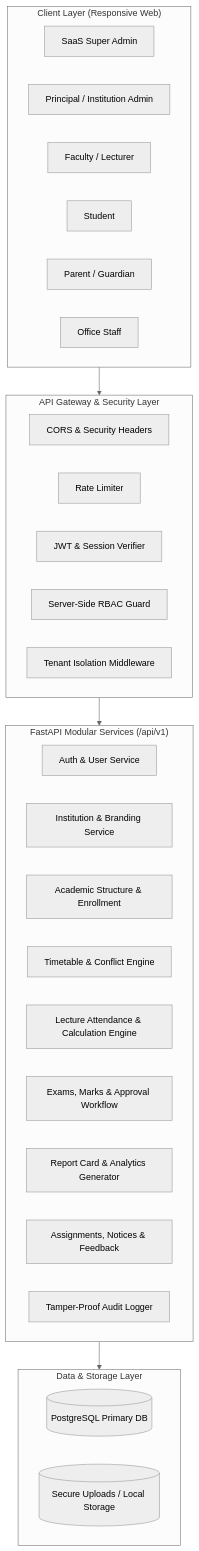
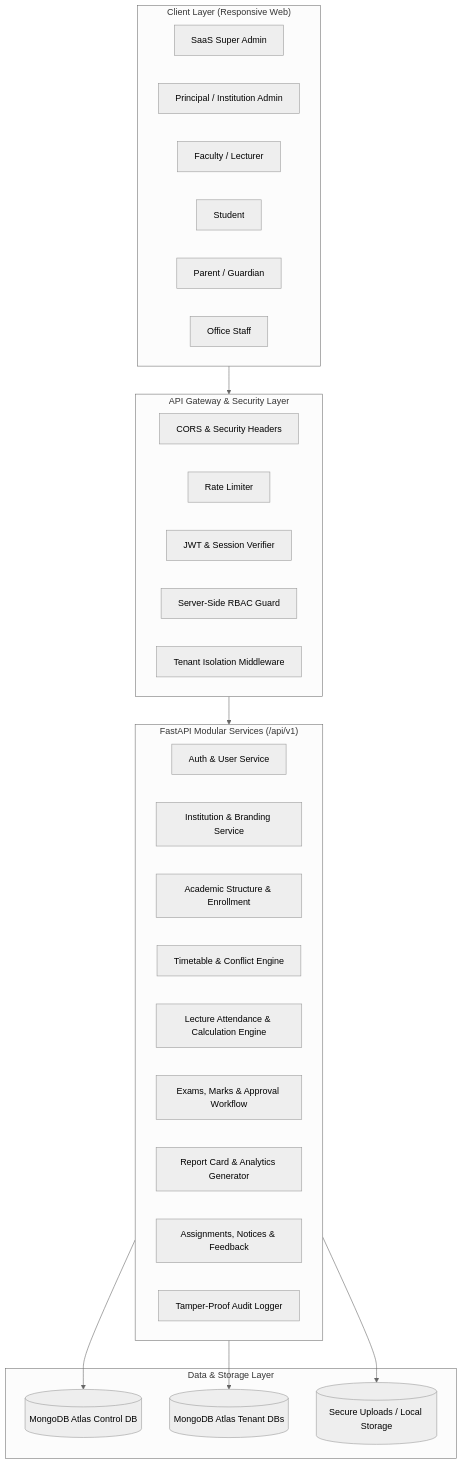
Before and after one commit to Saksham1447/Philomatrix_new: the diagram in docs/ARCHITECTURE.md, drawn with Mermaid (neutral theme). The commit also changed other lines of this file and 70 other files, not shown here.

````diff
--- a/docs/ARCHITECTURE.md
+++ b/docs/ARCHITECTURE.md
@@ -55,40 +55,43 @@
 ```mermaid
 graph TD
     subgraph Clients ["Client Layer (Responsive Web)"]
         SA[SaaS Super Admin]
         PR[Principal / Institution Admin]
         FA[Faculty / Lecturer]
         ST[Student]
         PA[Parent / Guardian]
         OF[Office Staff]
     end
 
     subgraph Gateway ["API Gateway & Security Layer"]
         CORS[CORS & Security Headers]
         RL[Rate Limiter]
         AUTH[JWT & Session Verifier]
         RBAC[Server-Side RBAC Guard]
         TENANT[Tenant Isolation Middleware]
     end
 
     subgraph Services ["FastAPI Modular Services (/api/v1)"]
         AuthSvc[Auth & User Service]
         InstSvc[Institution & Branding Service]
         AcadSvc[Academic Structure & Enrollment]
         TimeSvc[Timetable & Conflict Engine]
         AttSvc[Lecture Attendance & Calculation Engine]
         ExamSvc[Exams, Marks & Approval Workflow]
         RepSvc[Report Card & Analytics Generator]
         CommSvc[Assignments, Notices & Feedback]
         AuditSvc[Tamper-Proof Audit Logger]
     end
 
     subgraph Data ["Data & Storage Layer"]
-        DB[(PostgreSQL Primary DB)]
+        DB[(MongoDB Atlas Control DB)]
+        TENANTDB[(MongoDB Atlas Tenant DBs)]
         Files[(Secure Uploads / Local Storage)]
     end
 
     Clients --> Gateway
     Gateway --> Services
-    Services --> Data
+    Services --> DB
+    Services --> TENANTDB
+    Services --> Files
 ```
````
